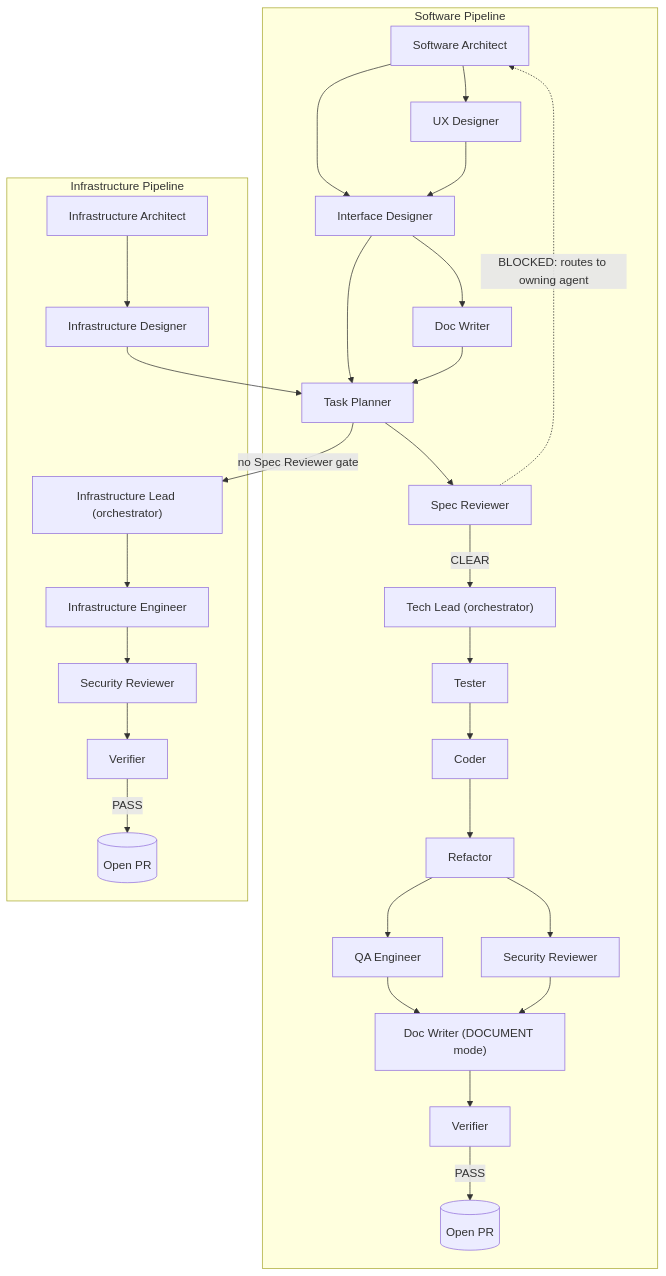
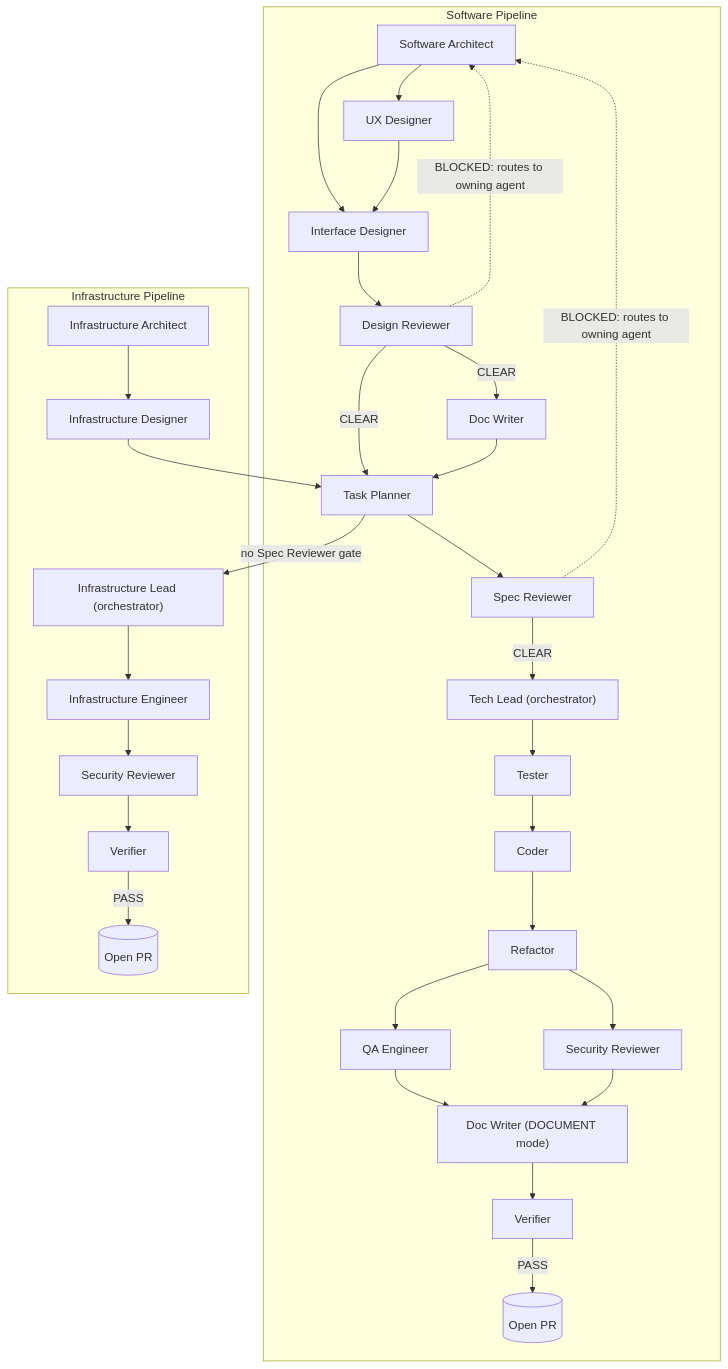
One commit to pvandervelde/llm-prompt-engineering changed the diagram in claude-agents/README.md. Above: the diagram before and after it, drawn with Mermaid. The commit also changed other lines of this file and 8 other files, not shown here.

First line of the commit message:
feat(agents): add design-reviewer — adversarial gate before code exists (#51)

````diff
--- a/claude-agents/README.md
+++ b/claude-agents/README.md
@@ -12,49 +12,52 @@
 ```mermaid
 flowchart TD
     subgraph Software Pipeline
         Architect["Software Architect"]
         UX["UX Designer"]
         IFace["Interface Designer"]
+        DesignRev["Design Reviewer"]
         Doc["Doc Writer"]
         Plan["Task Planner"]
         SpecRev["Spec Reviewer"]
         TechLead["Tech Lead (orchestrator)"]
         Tester["Tester"]
         Coder["Coder"]
         Refactor["Refactor"]
         QA["QA Engineer"]
         Sec["Security Reviewer"]
         Verifier["Verifier"]
 
         Architect --> IFace
         Architect --> UX
         UX --> IFace
-        IFace --> Doc
-        IFace --> Plan
+        IFace --> DesignRev
+        DesignRev -->|CLEAR| Doc
+        DesignRev -->|CLEAR| Plan
+        DesignRev -.->|BLOCKED: routes to owning agent| Architect
         Doc --> Plan
         Plan --> SpecRev
         SpecRev -->|CLEAR| TechLead
         SpecRev -.->|BLOCKED: routes to owning agent| Architect
         TechLead --> Tester --> Coder --> Refactor
         Refactor --> QA
         Refactor --> Sec
         QA --> Doc2["Doc Writer (DOCUMENT mode)"]
         Sec --> Doc2
         Doc2 --> Verifier
         Verifier -->|PASS| PR1[("Open PR")]
     end
 
     subgraph Infrastructure Pipeline
         InfraArch["Infrastructure Architect"]
         InfraDes["Infrastructure Designer"]
         InfraLead["Infrastructure Lead (orchestrator)"]
         InfraEng["Infrastructure Engineer"]
         Sec2["Security Reviewer"]
         Verifier2["Verifier"]
 
         InfraArch --> InfraDes --> Plan
         Plan -->|no Spec Reviewer gate| InfraLead
         InfraLead --> InfraEng --> Sec2 --> Verifier2
         Verifier2 -->|PASS| PR2[("Open PR")]
     end
 ```
````
